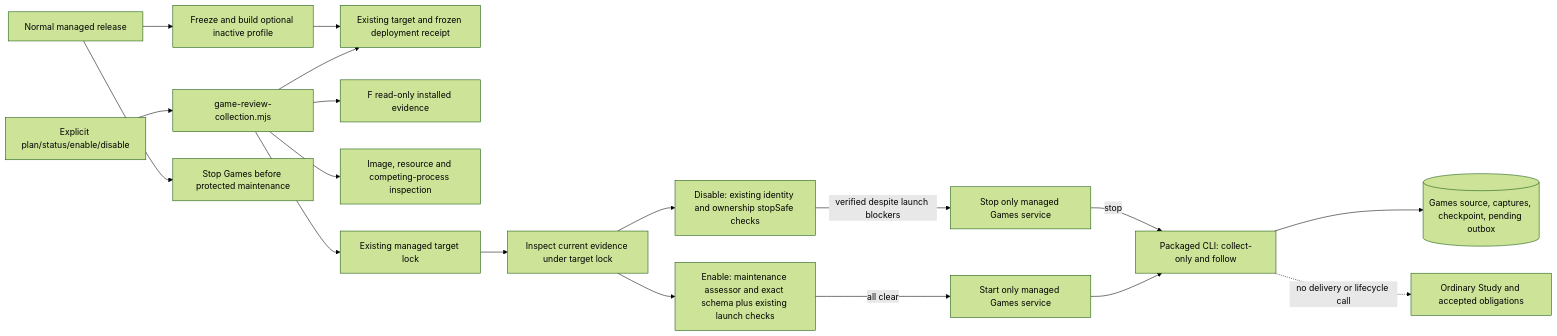
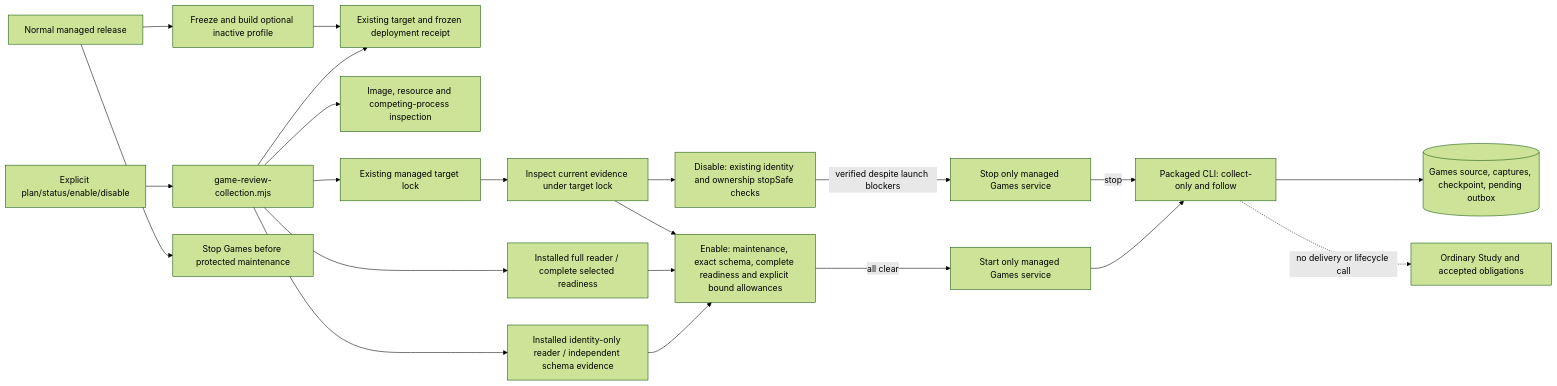
Before and after one commit to aaweaver-actuary/tempo: the third of 3 diagrams in scripts/README.md, drawn with Mermaid (forest theme). The commit also changed other lines of this file and 6 other files, not shown here.

Commit message:
fix(games): preserve bounded readiness and explicit partial comparison

````diff
--- a/scripts/README.md
+++ b/scripts/README.md
@@ -356,21 +397,24 @@
 ```mermaid
 flowchart LR
     Operator[Explicit plan/status/enable/disable] --> Wrapper[game-review-collection.mjs]
     Wrapper --> Registration[Existing target and frozen deployment receipt]
     ManagedRelease[Normal managed release] --> FrozenProfile[Freeze and build optional inactive profile]
     ManagedRelease --> Maintenance[Stop Games before protected maintenance]
     FrozenProfile --> Registration
-    Wrapper --> Reader[F read-only installed evidence]
+    Wrapper --> Identity[Installed identity-only reader / independent schema evidence]
+    Wrapper --> Reader[Installed full reader / complete selected readiness]
+    Identity --> EnableChecks
+    Reader --> EnableChecks
     Wrapper --> Inventory[Image, resource and competing-process inspection]
     Wrapper --> Lock[Existing managed target lock]
     Lock --> Inspect[Inspect current evidence under target lock]
-    Inspect --> EnableChecks[Enable: maintenance assessor and exact schema plus existing launch checks]
+    Inspect --> EnableChecks[Enable: maintenance, exact schema, complete readiness and explicit bound allowances]
     EnableChecks -->|all clear| ComposeStart[Start only managed Games service]
     Inspect --> StopChecks[Disable: existing identity and ownership stopSafe checks]
     StopChecks -->|verified despite launch blockers| ComposeStop[Stop only managed Games service]
     ComposeStart --> Collector[Packaged CLI: collect-only and follow]
     ComposeStop -->|stop| Collector
     Collector --> Games[(Games source, captures, checkpoint, pending outbox)]
     Study[Ordinary Study and accepted obligations]
     Collector -. no delivery or lifecycle call .-> Study
 ```
````
